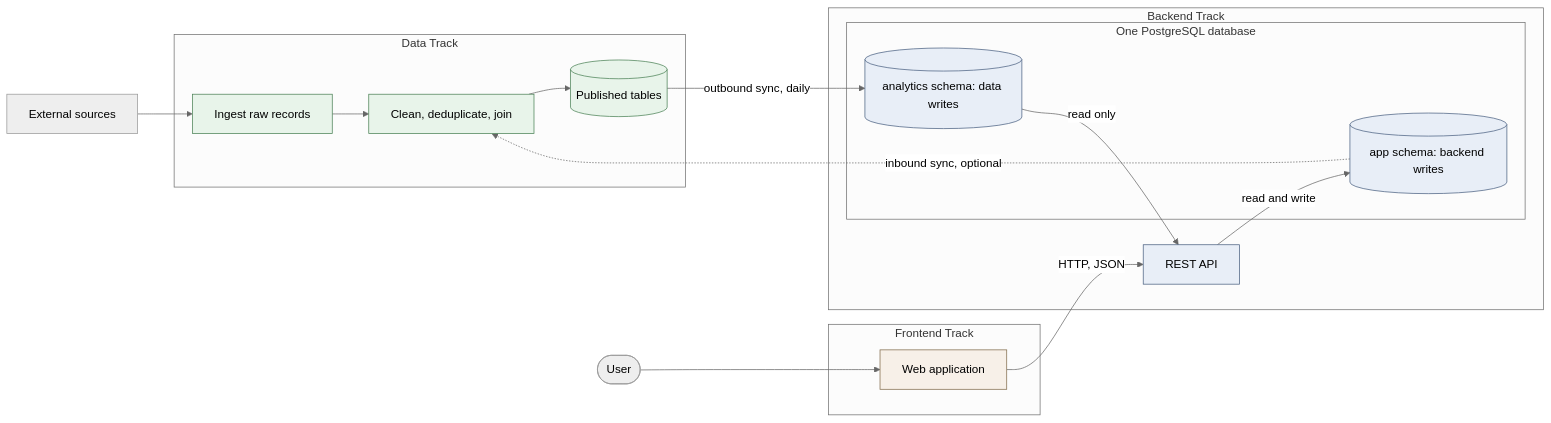
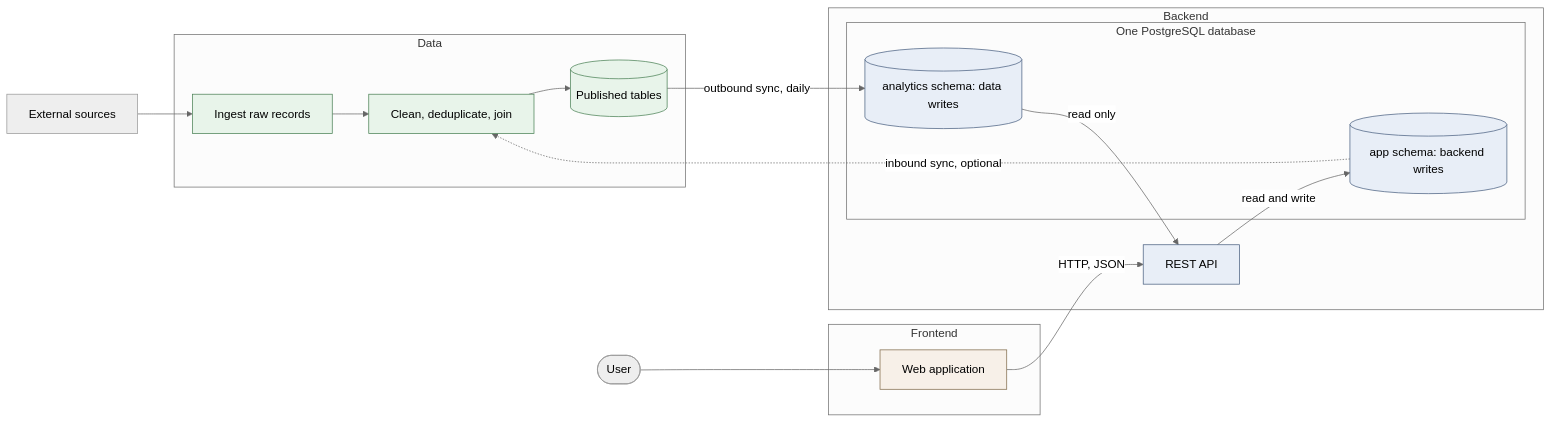
Before and after one commit to HackYourFuture/final-project-template: the diagram in README.md, drawn with Mermaid (neutral theme). The commit also changed 1 other file, not shown here.

Commit message:
docs: name the lanes Data, Backend, Frontend

````diff
--- a/README.md
+++ b/README.md
@@ -67,38 +67,38 @@
 ```mermaid
 flowchart LR
     EXT["External sources"]
 
-    subgraph de["Data Track"]
+    subgraph de["Data"]
         ING["Ingest raw records"]
         MODEL["Clean, deduplicate, join"]
         MART[("Published tables")]
     end
 
-    subgraph be["Backend Track"]
+    subgraph be["Backend"]
         API["REST API"]
         subgraph db["One PostgreSQL database"]
             ANA[("analytics schema: data writes")]
             APP[("app schema: backend writes")]
             ANA ~~~ APP
         end
     end
 
-    subgraph fe["Frontend Track"]
+    subgraph fe["Frontend"]
         UI["Web application"]
     end
 
     EXT --> ING --> MODEL --> MART
     MART -->|"outbound sync, daily"| ANA
     ANA -->|"read only"| API
     API -->|"read and write"| APP
     UI -->|"HTTP, JSON"| API
     User([User]) --> UI
     APP -.->|"inbound sync, optional"| MODEL
 
     classDef d fill:#e8f4ea,stroke:#4a8055
     classDef b fill:#e8eef7,stroke:#4a6080
     classDef f fill:#f7f0e8,stroke:#806a4a
     class ING,MODEL,MART d
     class ANA,APP,API b
     class UI f
 ```
````
